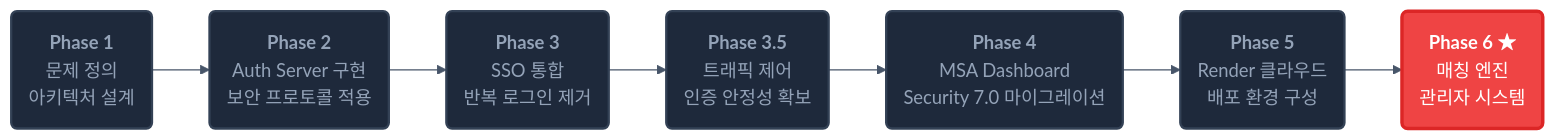
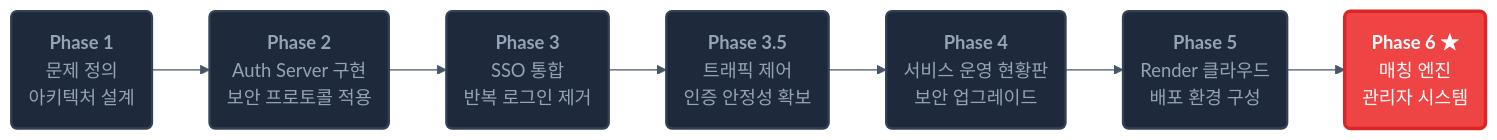
One commit to hello-pebble/auth-gateway-platform changed the third of 4 diagrams in README.md. Above: the diagram before and after it, drawn with Mermaid. The commit also changed other lines of this file and 2 other files, not shown here.

````diff
--- a/README.md
+++ b/README.md
@@ -106,27 +106,27 @@
 ```mermaid
 %%{init: {'theme': 'base', 'themeVariables': {'primaryColor': '#1e293b', 'primaryTextColor': '#f1f5f9', 'lineColor': '#475569', 'edgeLabelBackground': '#0f172a'}}}%%
 graph LR
     P1("<b>Phase 1</b><br/>문제 정의<br/>아키텍처 설계")
     P2("<b>Phase 2</b><br/>Auth Server 구현<br/>보안 프로토콜 적용")
     P3("<b>Phase 3</b><br/>SSO 통합<br/>반복 로그인 제거")
     P35("<b>Phase 3.5</b><br/>트래픽 제어<br/>인증 안정성 확보")
-    P4("<b>Phase 4</b><br/>MSA Dashboard<br/>Security 7.0 마이그레이션")
+    P4("<b>Phase 4</b><br/>서비스 운영 현황판<br/>보안 업그레이드")
     P5("<b>Phase 5</b><br/>Render 클라우드<br/>배포 환경 구성")
     P6("<b>Phase 6 ★</b><br/>매칭 엔진<br/>관리자 시스템")
 
     P1 --> P2 --> P3 --> P35 --> P4 --> P5 --> P6
 
     style P1  fill:#1e293b,color:#94a3b8,stroke:#334155,stroke-width:2px
     style P2  fill:#1e293b,color:#94a3b8,stroke:#334155,stroke-width:2px
     style P3  fill:#1e293b,color:#94a3b8,stroke:#334155,stroke-width:2px
     style P35 fill:#1e293b,color:#94a3b8,stroke:#334155,stroke-width:2px
     style P4  fill:#1e293b,color:#94a3b8,stroke:#334155,stroke-width:2px
     style P5  fill:#1e293b,color:#94a3b8,stroke:#334155,stroke-width:2px
     style P6  fill:#ef4444,color:#ffffff,stroke:#dc2626,stroke-width:3px
 
     click P1 "./docs/phase/phase1.md"
     click P2 "./docs/phase/phase2.md"
     click P3 "./docs/phase/phase3.md"
     click P35 "./docs/phase/phase3_5.md"
     click P4 "./docs/phase/phase4.md"
 ```
````
